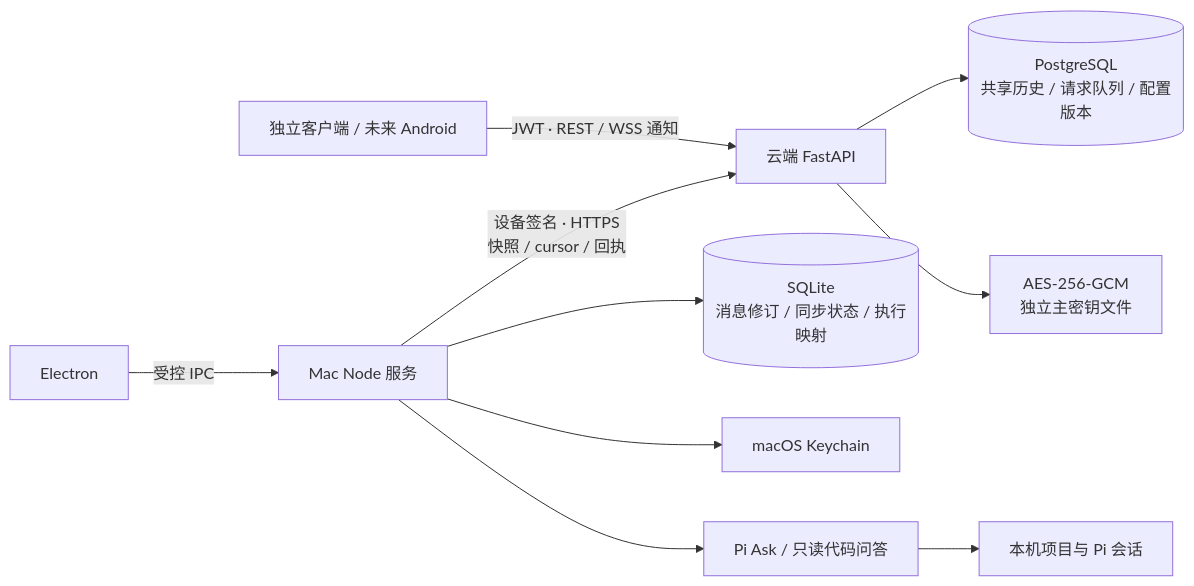
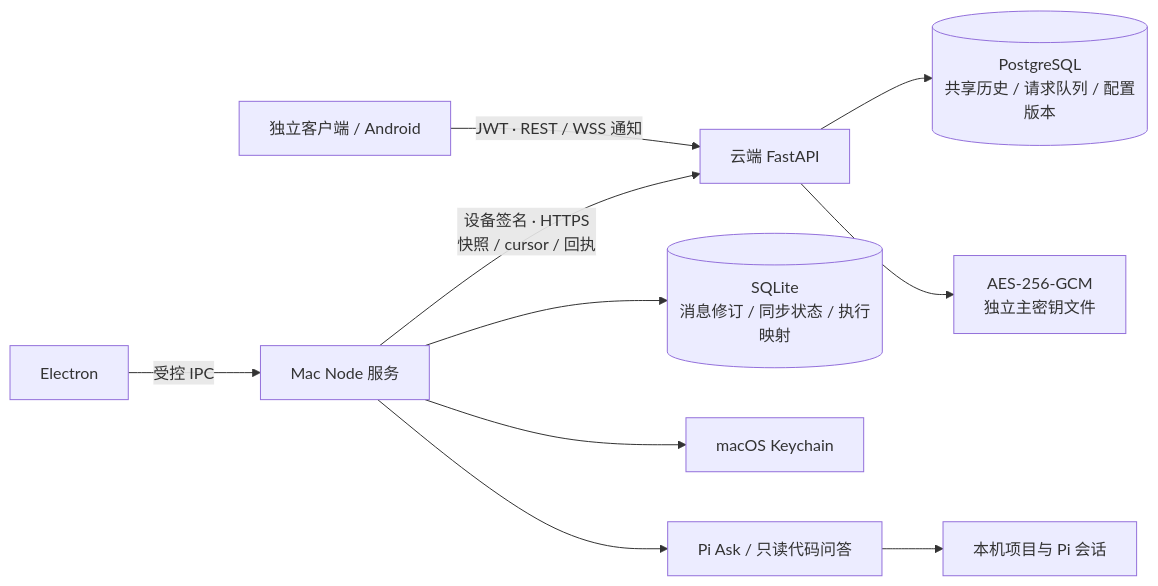
One commit to TYzzt/PI-BOT changed the third of 4 diagrams in desktop/ARCHITECTURE.md. Above: the diagram before and after it, drawn with Mermaid. The commit also changed other lines of this file and 8 other files, not shown here.

Commit message:
docs: CLOUD-CHAT.md, cloud chat sections in READMEs and architecture, fix outdated Android/DeepAgents notes

````diff
--- a/desktop/ARCHITECTURE.md
+++ b/desktop/ARCHITECTURE.md
@@ -397,16 +397,16 @@
 ```mermaid
 flowchart LR
-    Client[独立客户端 / 未来 Android] -->|JWT · REST / WSS 通知| API[云端 FastAPI]
+    Client[独立客户端 / Android] -->|JWT · REST / WSS 通知| API[云端 FastAPI]
     API --> DB[(PostgreSQL
 共享历史 / 请求队列 / 配置版本)]
     API --> Vault[AES-256-GCM
 独立主密钥文件]
     Mac[Mac Node 服务] -->|设备签名 · HTTPS
 快照 / cursor / 回执| API
     UI[Electron] -->|受控 IPC| Mac
     Mac --> Local[(SQLite
 消息修订 / 同步状态 / 执行映射)]
     Mac --> Keychain[macOS Keychain]
     Mac --> Pi[Pi Ask / 只读代码问答]
     Pi --> Context[本机项目与 Pi 会话]
 ```
````
